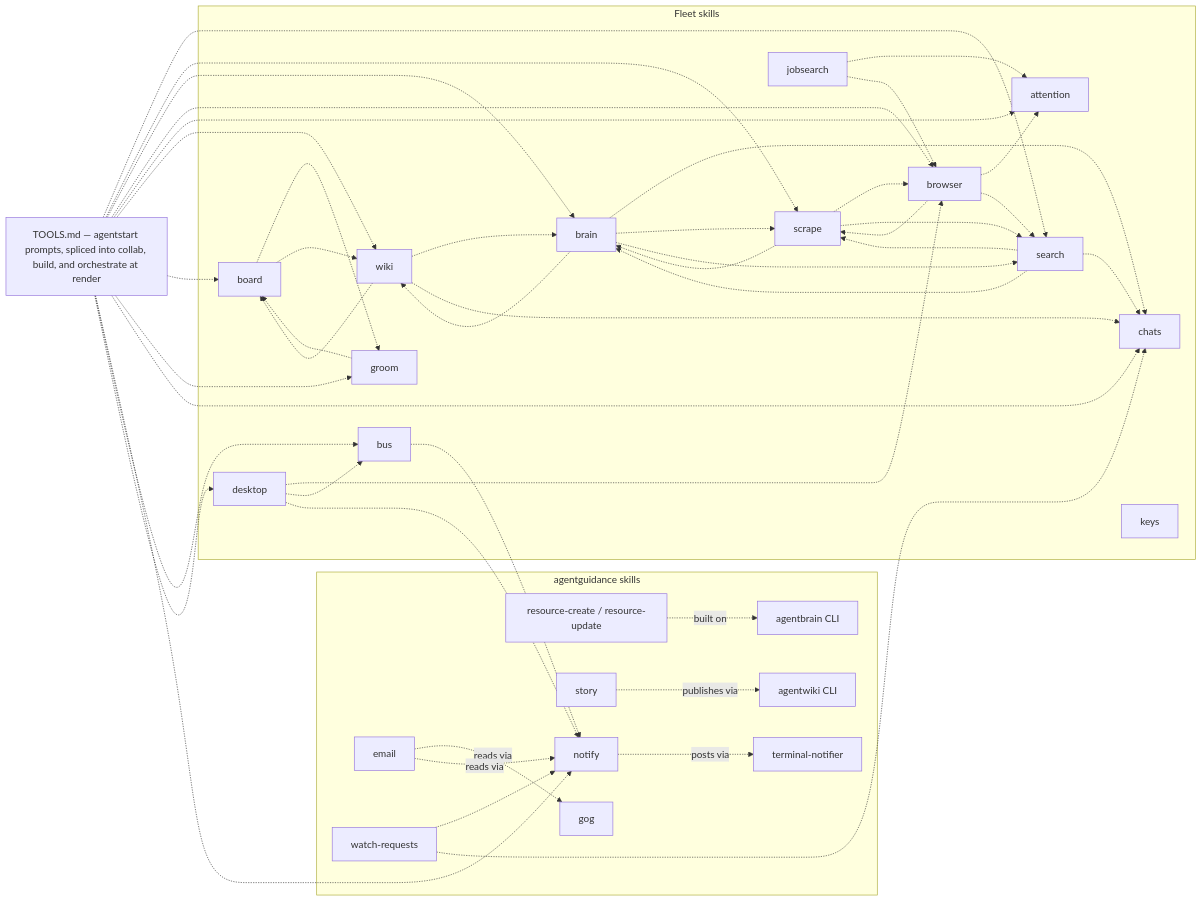
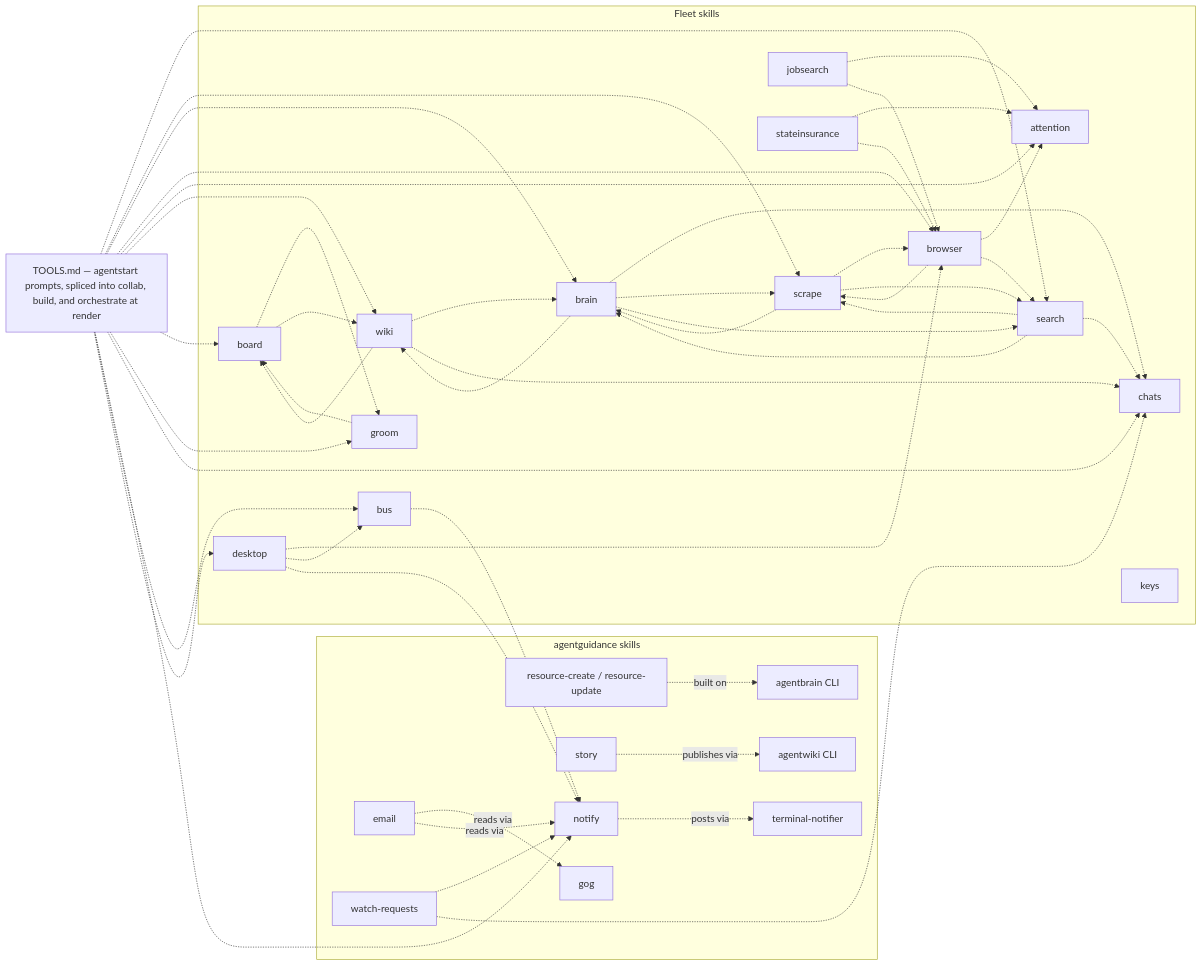
The third of 3 diagrams in skills/fleet/MAP.md (possibilities/agentstart), drawn with Mermaid before and after one commit. The commit also changed other lines of this file, not shown here.

Commit message:
docs: map stateinsurance skill routing

````diff
--- a/skills/fleet/MAP.md
+++ b/skills/fleet/MAP.md
@@ -120,32 +120,33 @@
 ```mermaid
 flowchart LR
     subgraph fleetSkills [Fleet skills]
         board -.-> groom & wiki
         groom -.-> board
         brain -.-> chats & scrape & search & wiki
         scrape -.-> brain & browser & search
         search -.-> brain & chats & scrape
         browser -.-> attention & scrape & search
         attention
         jobsearch -.-> attention & browser
+        stateinsurance -.-> attention & browser
         wiki -.-> board & brain & chats
         desktop -.-> browser & bus
         chats
         keys
         bus
     end
 
     subgraph guidanceSkills [agentguidance skills]
         resource[resource-create / resource-update] -.->|built on| brainCli[agentbrain CLI]
         story -.->|publishes via| wikiCli[agentwiki CLI]
         notify -.->|posts via| notifierCli[terminal-notifier]
         email -.->|reads via| gogCli[gog] & notify
         watchRequests[watch-requests] -.-> notify
     end
 
     watchRequests -.-> chats
     bus -.-> notify
     desktop -.-> notify
 
     tools[TOOLS.md — agentstart prompts, spliced into collab, build, and orchestrate at render] -.-> search & scrape & brain & browser & attention & wiki & board & groom & chats & notify & bus & desktop
 ```
````
